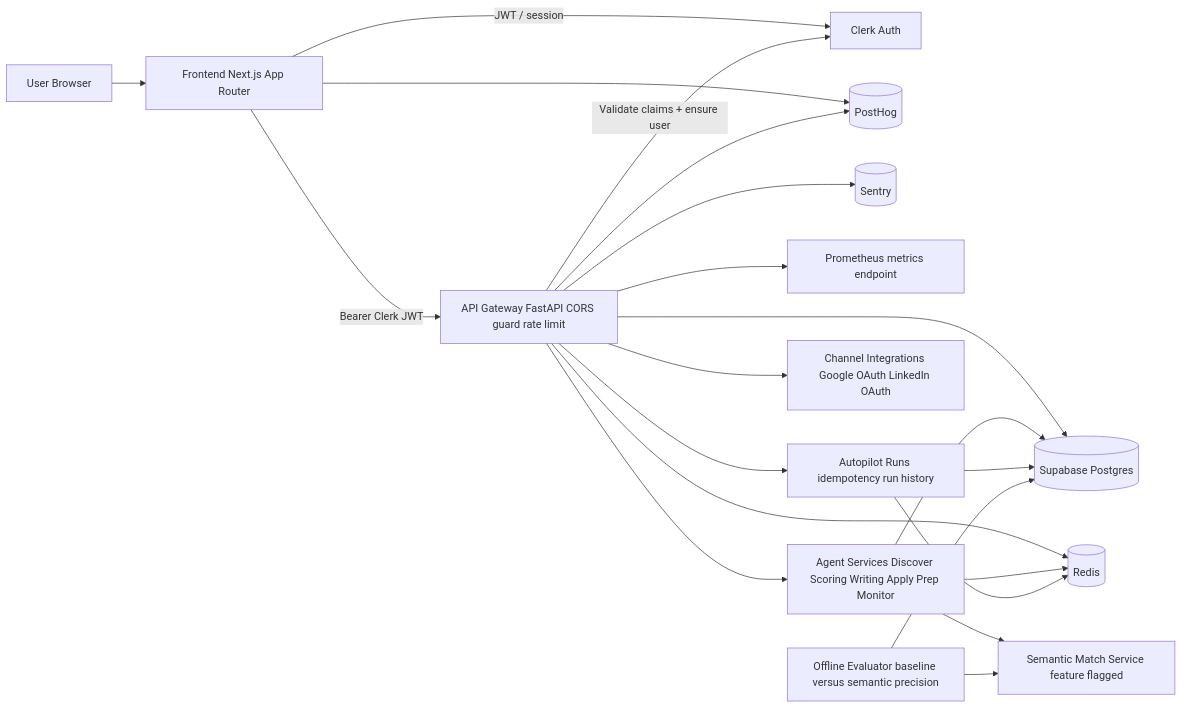
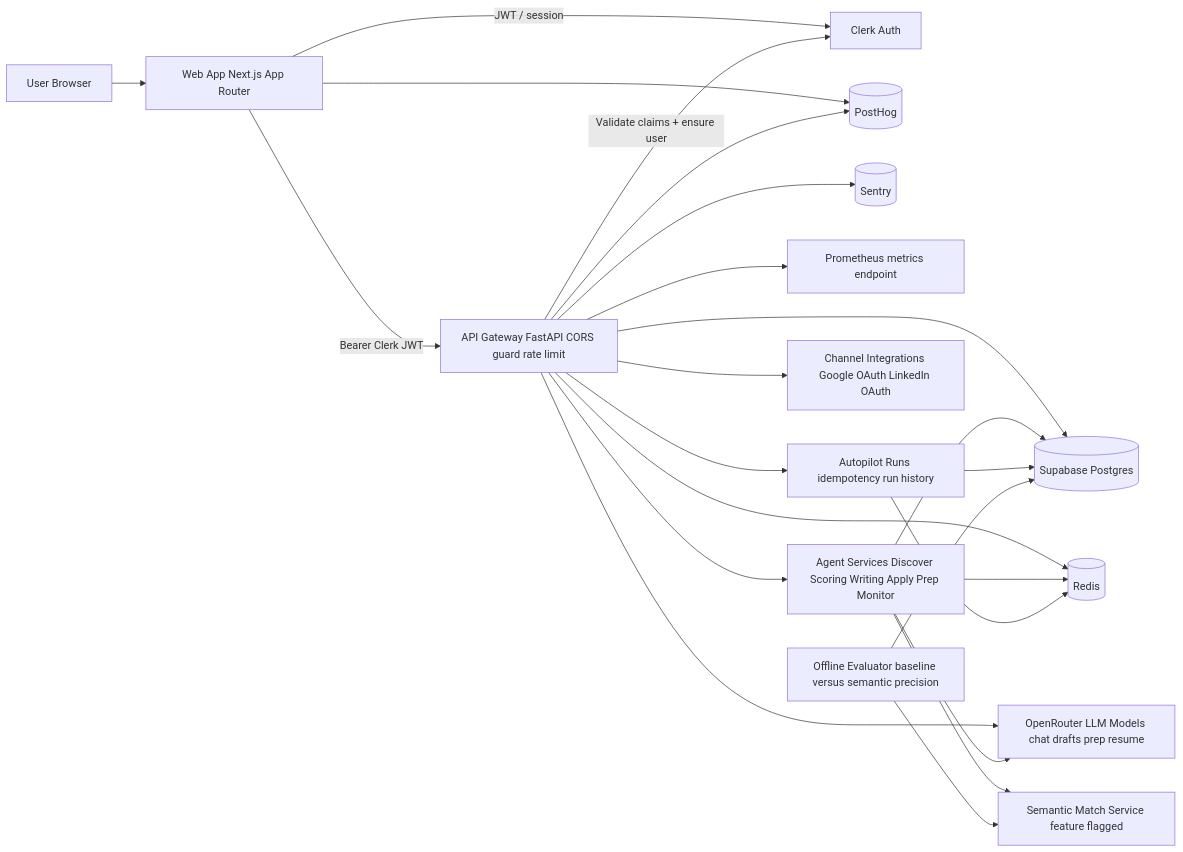
One commit to frank-asket/doubow changed the first of 2 diagrams in README.md. Above: the diagram before and after it, drawn with Mermaid. The commit also changed other lines of this file and 11 other files, not shown here.

First line of the commit message:
Enhance OpenRouter integration and update documentation

````diff
--- a/README.md
+++ b/README.md
@@ -22,38 +22,41 @@
 ```mermaid
 flowchart LR
   U[User Browser]
-  FE[Frontend Next.js App Router]
+  FE[Web App Next.js App Router]
   CL[Clerk Auth]
   API[API Gateway FastAPI CORS guard rate limit]
+  LLM[OpenRouter LLM Models chat drafts prep resume]
   DB[(Supabase Postgres)]
   RD[(Redis)]
   PH[(PostHog)]
   SENTRY[(Sentry)]
   METRICS[Prometheus metrics endpoint]
   AG[Agent Services Discover Scoring Writing Apply Prep Monitor]
   OAUTH[Channel Integrations Google OAuth LinkedIn OAuth]
   SEM[Semantic Match Service feature flagged]
   EVAL[Offline Evaluator baseline versus semantic precision]
   AUTO[Autopilot Runs idempotency run history]
 
   U --> FE
   FE -->|JWT / session| CL
   FE -->|Bearer Clerk JWT| API
   API -->|Validate claims + ensure user| CL
   API --> DB
   API --> RD
   API --> AG
+  API --> LLM
   API --> OAUTH
   API --> METRICS
   API --> SENTRY
   API --> AUTO
   AG --> DB
   AG --> RD
+  AG --> LLM
   AG --> SEM
   AUTO --> DB
   AUTO --> RD
   EVAL --> DB
   EVAL --> SEM
   FE --> PH
   API --> PH
 ```
````
